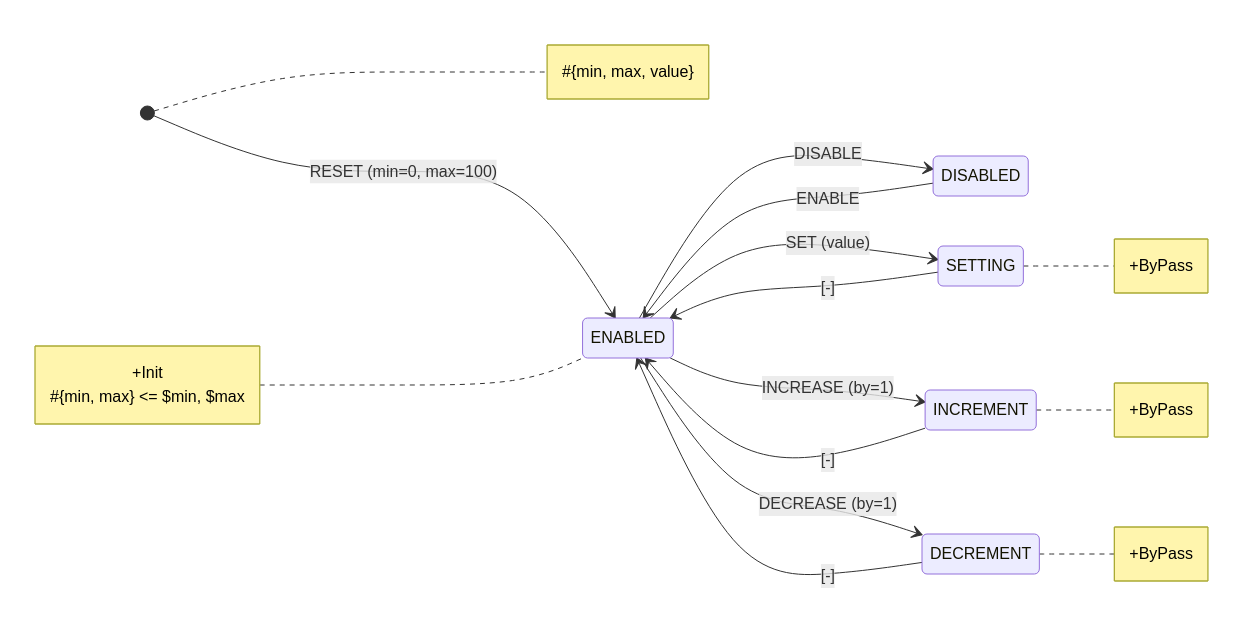
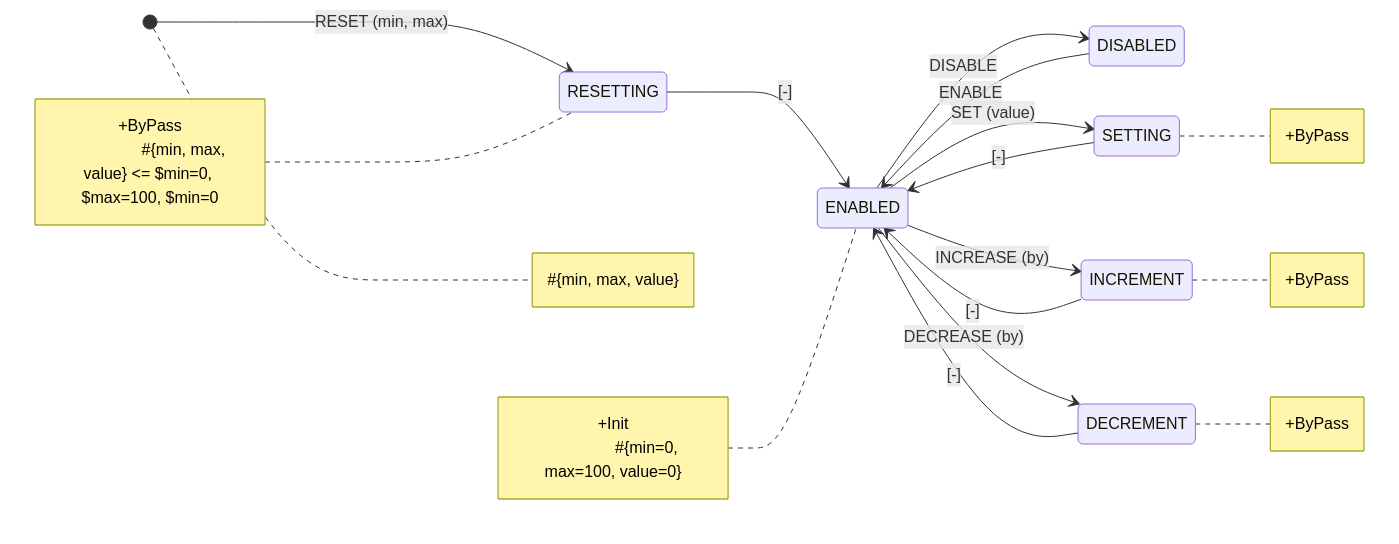
Before and after one commit to tfcp68/yantrix: the ninth of 11 diagrams in docs/index.md, drawn with Mermaid. The commit also changed other lines of this file and 2 other files, not shown here.

````diff
--- a/docs/index.md
+++ b/docs/index.md
@@ -268,29 +272,34 @@
 ```mermaid
 stateDiagram-v2
 	direction LR
-	[*] --> ENABLED: RESET (min=0, max=100)
+	[*] --> RESETTING: RESET (min, max)
+	RESETTING --> ENABLED: [-]
 	ENABLED --> DISABLED: DISABLE
 	DISABLED --> ENABLED: ENABLE
 	ENABLED --> SETTING: SET (value)
 	SETTING --> ENABLED: [-]
-	ENABLED --> INCREMENT: INCREASE (by=1)
+	ENABLED --> INCREMENT: INCREASE (by)
 	INCREMENT --> ENABLED: [-]
-	ENABLED --> DECREMENT: DECREASE (by=1)
+	ENABLED --> DECREMENT: DECREASE (by)
 	DECREMENT --> ENABLED: [-]
 	note left of ENABLED
 		+Init
-		#{min, max} <= $min, $max
+		#{min=0, max=100, value=0}
+	end note
+	note left of RESETTING
+		+ByPass
+		#{min, max, value} <= $min=0, $max=100, $min=0
 	end note
 	note right of SETTING
 		+ByPass
 	end note
 	note right of INCREMENT
 		+ByPass
 	end note
 	note right of DECREMENT
 		+ByPass
 	end note
 note right of [*]
 #{min, max, value}
 end note
 ```
````
